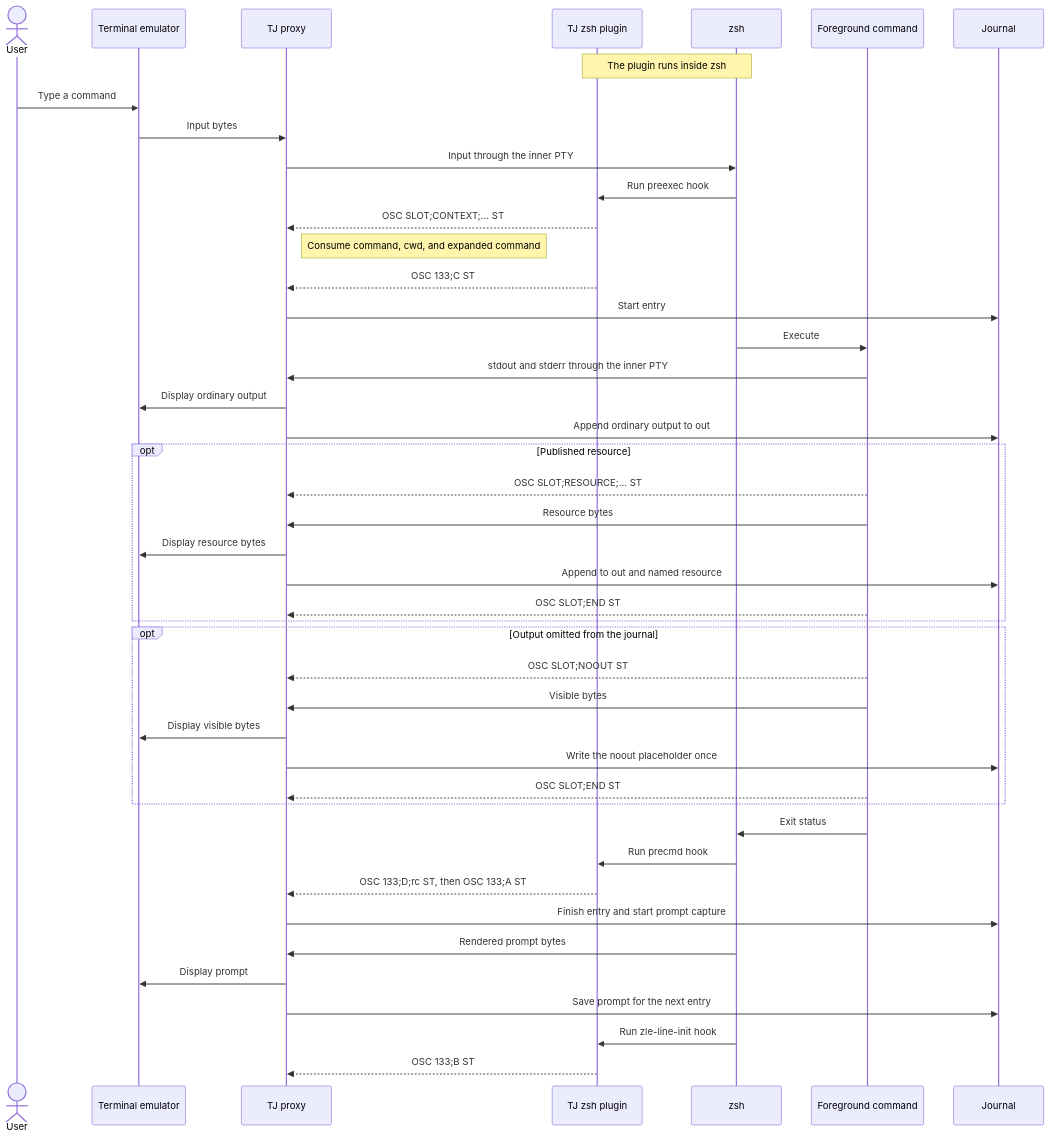
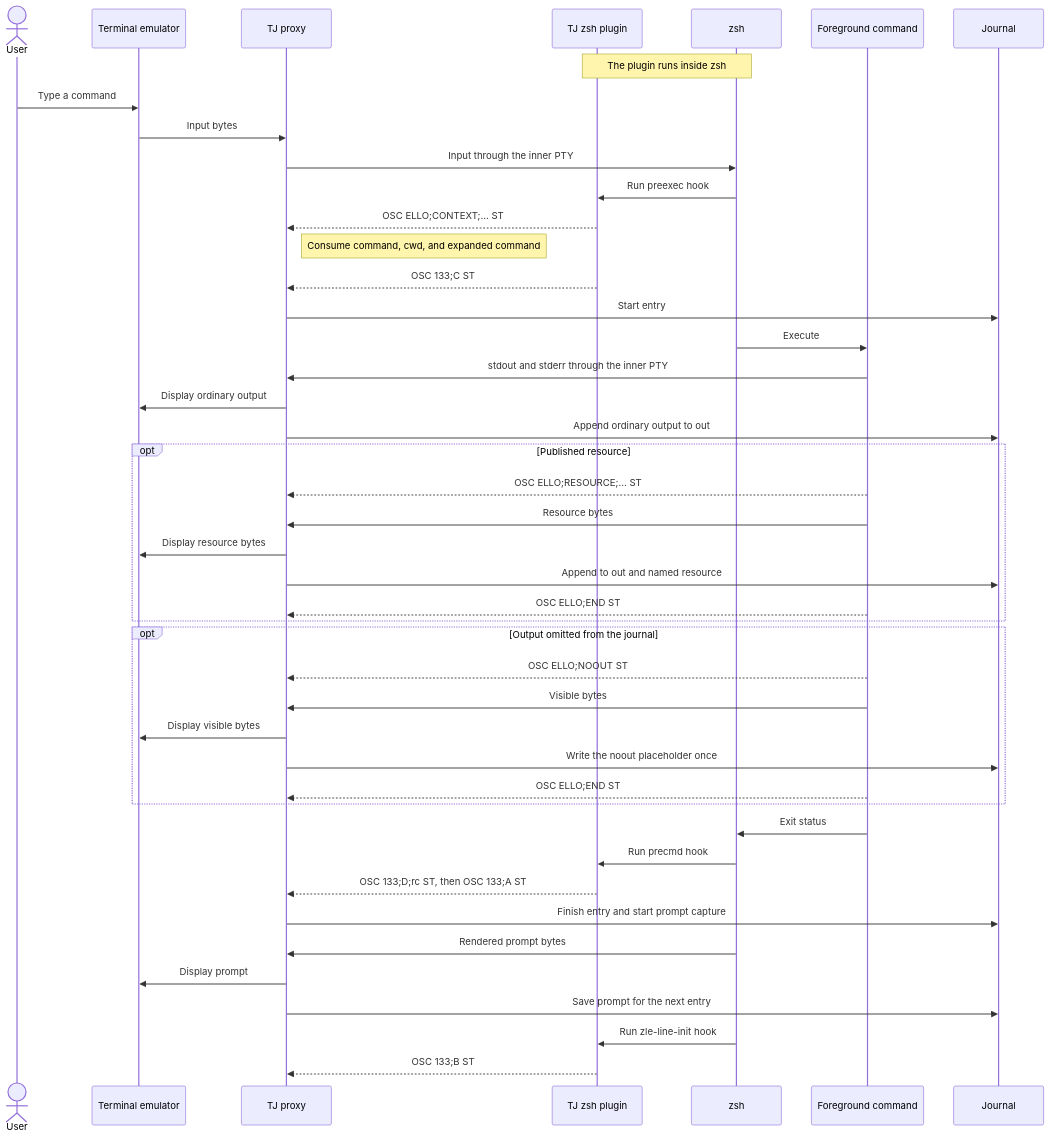
One commit to vrypan/tj changed the second of 2 diagrams in docs/shell-integration.md. Above: the diagram before and after it, drawn with Mermaid. The commit also changed other lines of this file and 22 other files, not shown here.

Commit message:
Migrate OSC SLOT to OSC ELLO

````diff
--- a/docs/shell-integration.md
+++ b/docs/shell-integration.md
@@ -38,53 +38,53 @@
 ```mermaid
 sequenceDiagram
     actor User
     participant Terminal as Terminal emulator
     participant Proxy as TJ proxy
     participant Plugin as TJ zsh plugin
     participant Shell as zsh
     participant Command as Foreground command
     participant Journal
 
     Note over Plugin,Shell: The plugin runs inside zsh
 
     User->>Terminal: Type a command
     Terminal->>Proxy: Input bytes
     Proxy->>Shell: Input through the inner PTY
 
     Shell->>Plugin: Run preexec hook
-    Plugin-->>Proxy: OSC SLOT#59;CONTEXT#59;… ST
+    Plugin-->>Proxy: OSC ELLO#59;CONTEXT#59;… ST
     Note right of Proxy: Consume command, cwd, and expanded command
     Plugin-->>Proxy: OSC 133#59;C ST
     Proxy->>Journal: Start entry
 
     Shell->>Command: Execute
     Command->>Proxy: stdout and stderr through the inner PTY
     Proxy->>Terminal: Display ordinary output
     Proxy->>Journal: Append ordinary output to out
 
     opt Published resource
-        Command-->>Proxy: OSC SLOT#59;RESOURCE#59;… ST
+        Command-->>Proxy: OSC ELLO#59;RESOURCE#59;… ST
         Command->>Proxy: Resource bytes
         Proxy->>Terminal: Display resource bytes
         Proxy->>Journal: Append to out and named resource
-        Command-->>Proxy: OSC SLOT#59;END ST
+        Command-->>Proxy: OSC ELLO#59;END ST
     end
 
     opt Output omitted from the journal
-        Command-->>Proxy: OSC SLOT#59;NOOUT ST
+        Command-->>Proxy: OSC ELLO#59;NOOUT ST
         Command->>Proxy: Visible bytes
         Proxy->>Terminal: Display visible bytes
         Proxy->>Journal: Write the noout placeholder once
-        Command-->>Proxy: OSC SLOT#59;END ST
+        Command-->>Proxy: OSC ELLO#59;END ST
     end
 
     Command->>Shell: Exit status
     Shell->>Plugin: Run precmd hook
     Plugin-->>Proxy: OSC 133#59;D#59;rc ST, then OSC 133#59;A ST
     Proxy->>Journal: Finish entry and start prompt capture
     Shell->>Proxy: Rendered prompt bytes
     Proxy->>Terminal: Display prompt
     Proxy->>Journal: Save prompt for the next entry
     Shell->>Plugin: Run zle-line-init hook
     Plugin-->>Proxy: OSC 133#59;B ST
 ```
````
